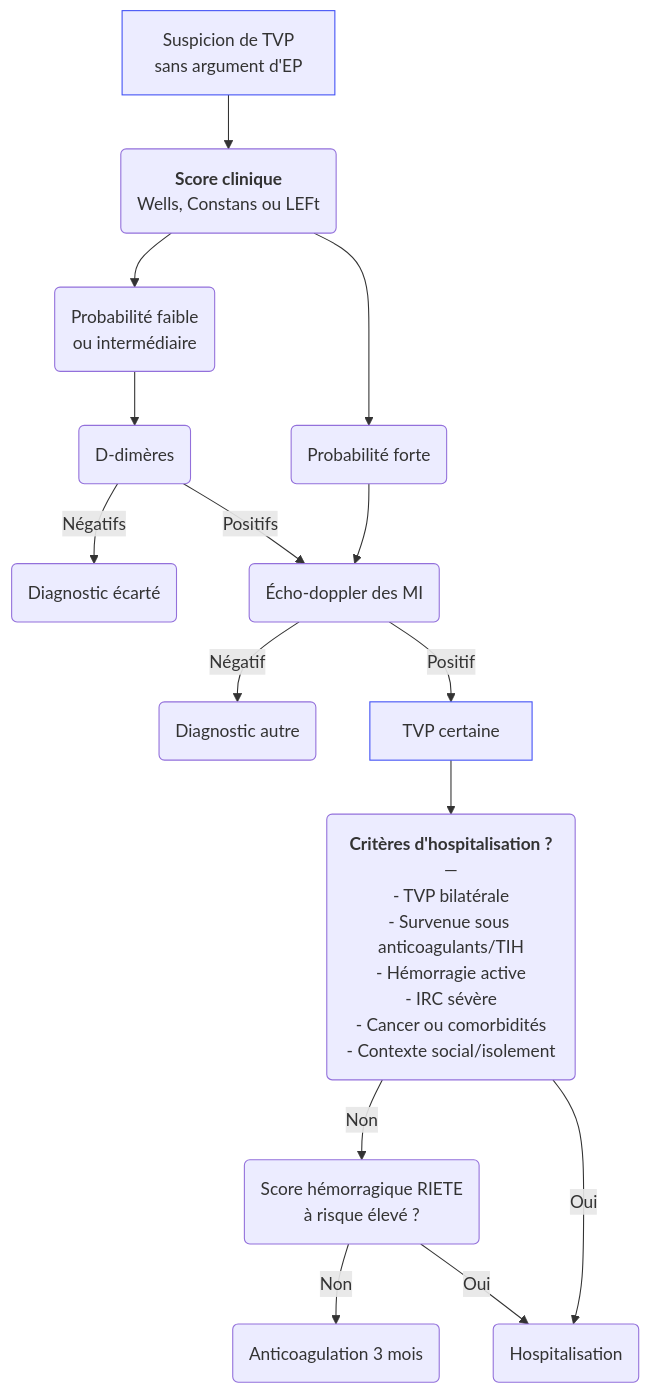
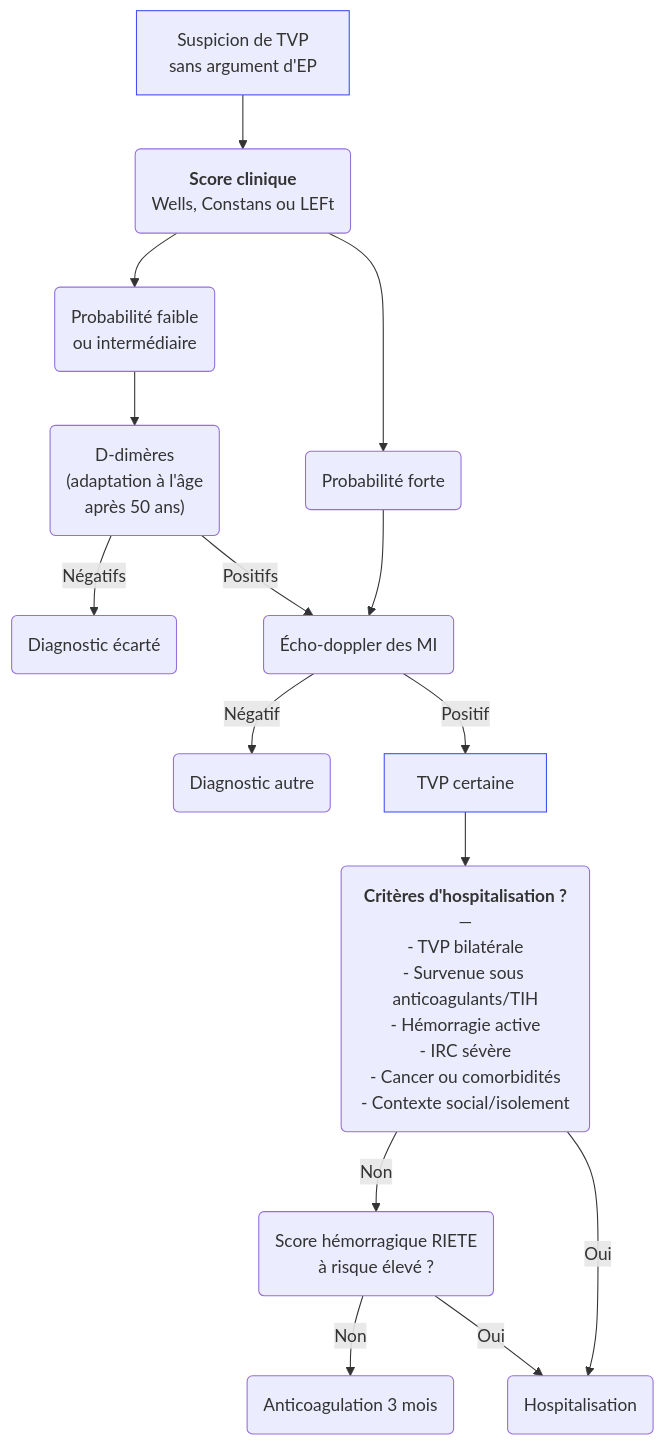
One commit to djibe/recommandations-medicales changed the diagram in content/recommandations/thrombose-veineuse-profonde.md. Above: the diagram before and after it, drawn with Mermaid. The commit also changed other lines of this file, not shown here.

```diff
--- a/content/recommandations/thrombose-veineuse-profonde.md
+++ b/content/recommandations/thrombose-veineuse-profonde.md
@@ -306,19 +308,19 @@
 {{< mermaid title="Prise en charge d'une suspicion de thrombose veineuse profonde (TVP). Dr JB Fron d'après Sanchez 2019" >}}
 graph TB
   tvp[Suspicion de TVP<br>sans argument d'EP] --> score(<b>Score clinique</b><br>Wells, Constans ou LEFt)
   style tvp stroke:#4150f5, stroke-width:1px
     score --> probaFaible(Probabilité faible<br>ou intermédiaire)
-      probaFaible --> ddimeres(D-dimères)
-        ddimeres -- Négatifs --> arret(Diagnostic écarté)
-        ddimeres -- Positifs --> doppler
+      probaFaible --> d-dimères("D-dimères<br>(adaptation à l'âge<br>après 50 ans)")
+        d-dimères -- Négatifs --> arret(Diagnostic écarté)
+        d-dimères -- Positifs --> doppler
     score --> probaForte(Probabilité forte)
       probaForte --> doppler(Écho-doppler des MI)
         doppler -- Négatif --> differentiel(Diagnostic autre)
         doppler -- Positif --> certitude[TVP certaine]
           style certitude stroke:#4150f5, stroke-width:1px
           certitude --> critereHospi("<b>Critères d'hospitalisation ?</b><br>—<br>- TVP bilatérale<br>- Survenue sous anticoagulants/TIH<br>- Hémorragie active<br>- IRC sévère<br>- Cancer ou comorbidités<br>- Contexte social/isolement")
             critereHospi -- Non --> scoreHemorragique("Score hémorragique RIETE<br>à risque élevé ?")
               scoreHemorragique -- Non --> anticoag(Anticoagulation 3 mois)
               scoreHemorragique -- Oui --> hospit
             critereHospi -- Oui --> hospit(Hospitalisation)
 {{< /mermaid >}}
```
